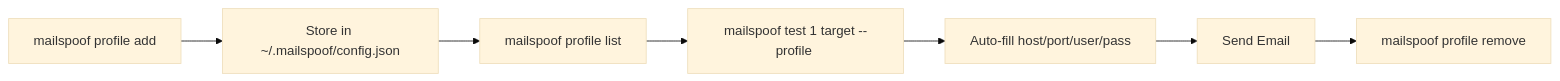
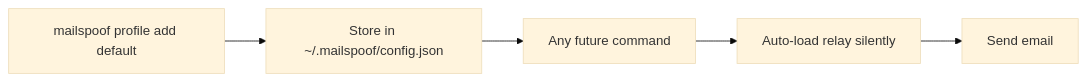
The fifth of 7 diagrams in README.md (syed-sameer-ul-hassan/MailSpoof), drawn with Mermaid (base theme) before and after one commit. The commit also changed other lines of this file and 12 other files, not shown here.

````diff
--- a/README.md
+++ b/README.md
@@ -449,9 +460,7 @@
 ```mermaid
 flowchart LR
-    A[mailspoof profile add <name>] --> B[Store in ~/.mailspoof/config.json]
-    B --> C[mailspoof profile list]
-    C --> D[mailspoof test 1 target --profile <name>]
-    D --> E[Auto-fill host/port/user/pass]
-    E --> F[Send Email]
-    F --> G[mailspoof profile remove <name>]
+    A[mailspoof profile add default] --> B[Store in ~/.mailspoof/config.json]
+    B --> C[Any future command]
+    C --> D[Auto-load relay silently]
+    D --> E[Send email]
 ```
````
